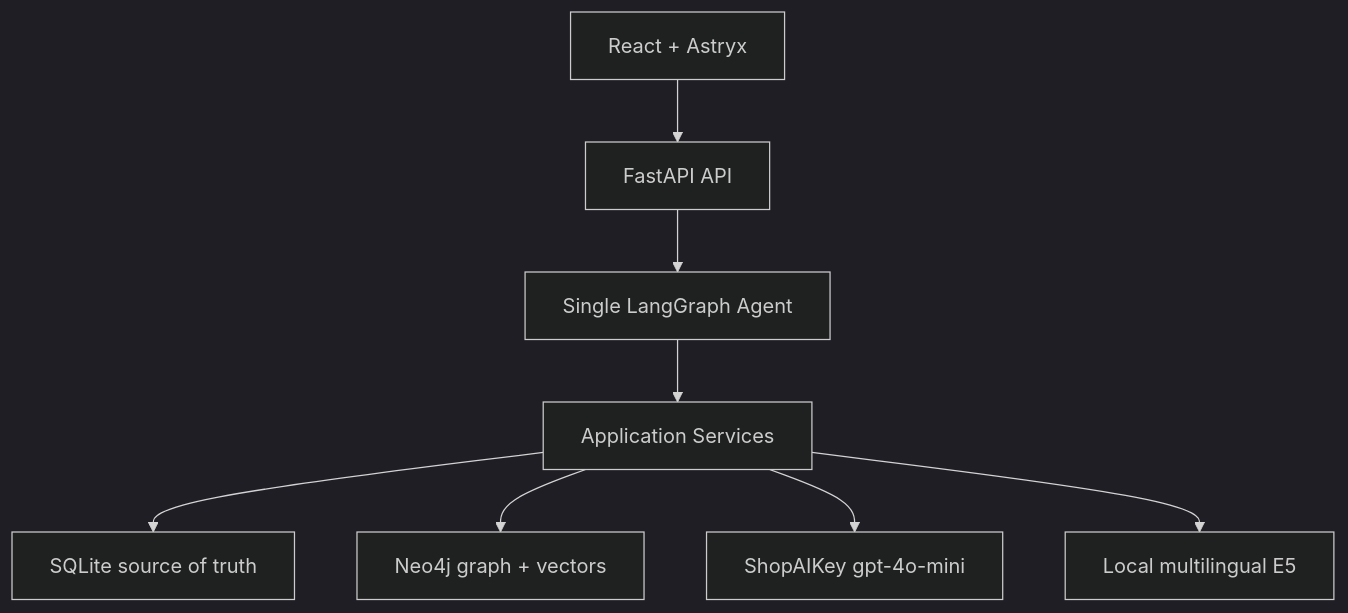
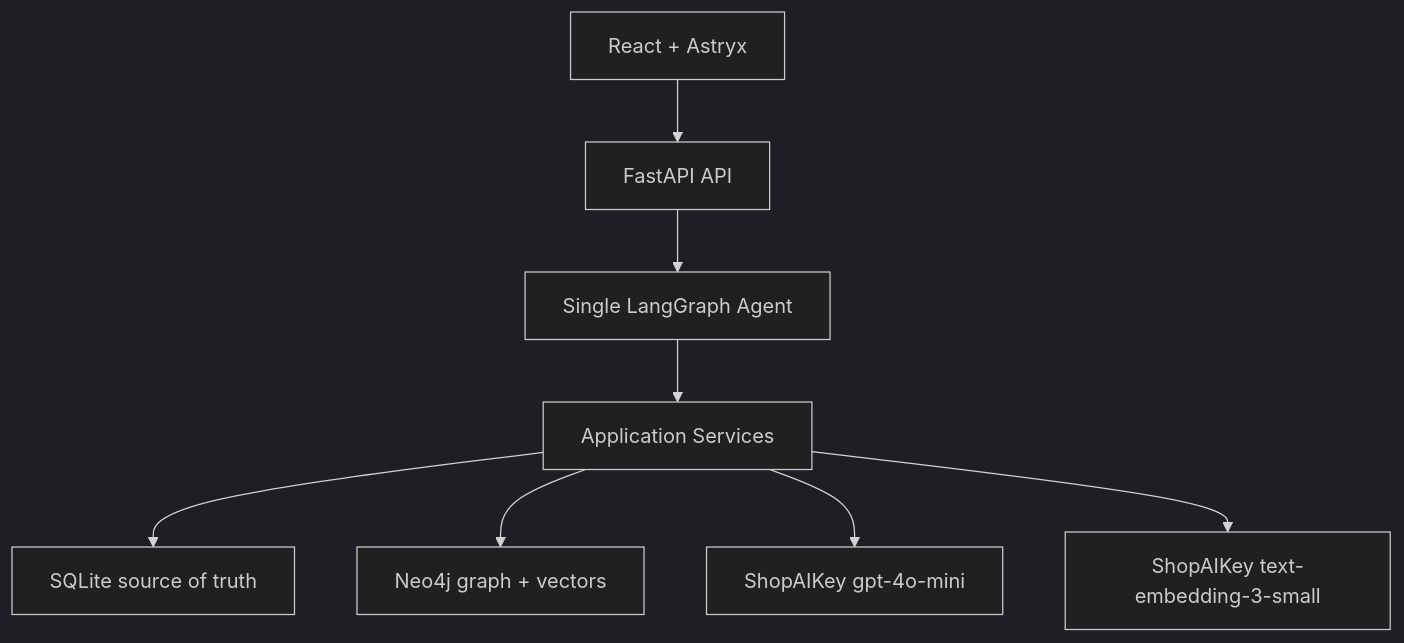
The first of 2 diagrams in docs/plans/Master_plan.md (phongka79d/JobAgent), drawn with Mermaid (dark theme) before and after one commit. The commit also changed other lines of this file and 5 other files, not shown here.

First line of the commit message:
Refactor plans and tasks to integrate ShopAIKey embedding model and contract

````diff
--- a/docs/plans/Master_plan.md
+++ b/docs/plans/Master_plan.md
@@ -116,10 +116,10 @@
 ```mermaid
 flowchart TD
     UI["React + Astryx"] --> API["FastAPI API"]
     API --> AGENT["Single LangGraph Agent"]
     AGENT --> SERVICES["Application Services"]
     SERVICES --> SQLITE["SQLite source of truth"]
     SERVICES --> NEO4J["Neo4j graph + vectors"]
     SERVICES --> LLM["ShopAIKey gpt-4o-mini"]
-    SERVICES --> EMBED["Local multilingual E5"]
+    SERVICES --> EMBED["ShopAIKey text-embedding-3-small"]
 ```
````
